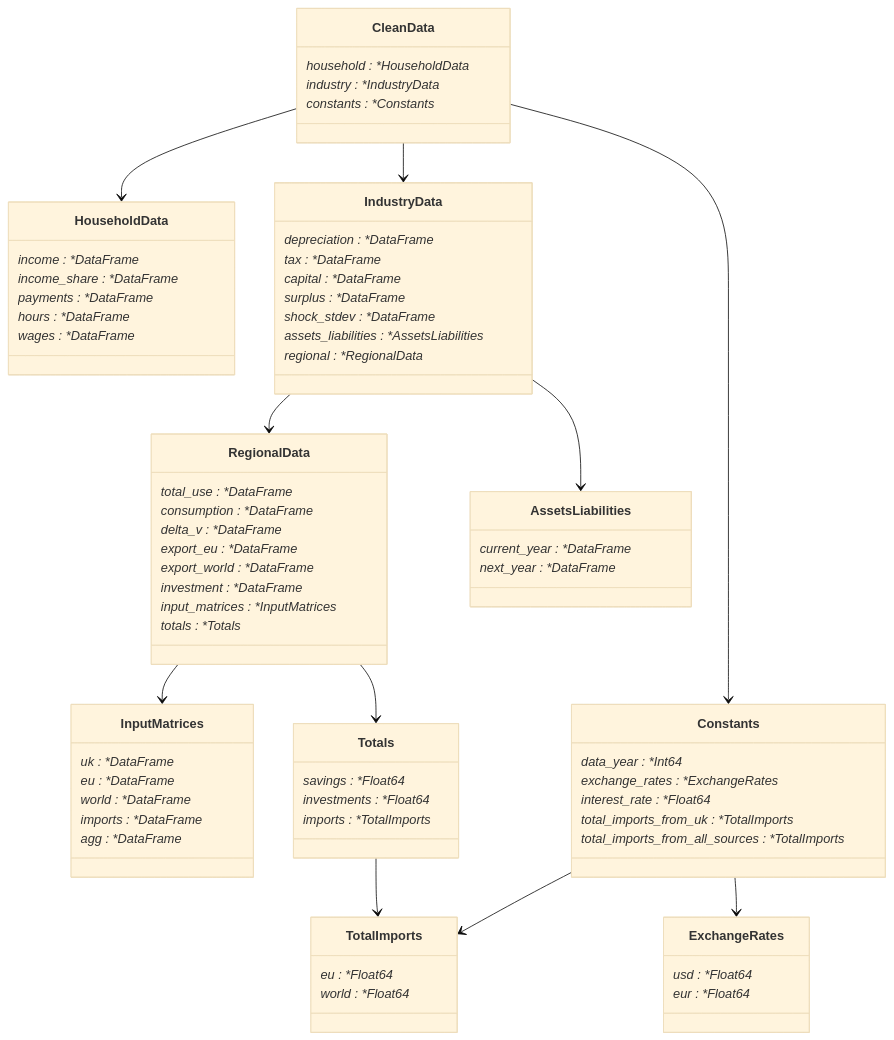
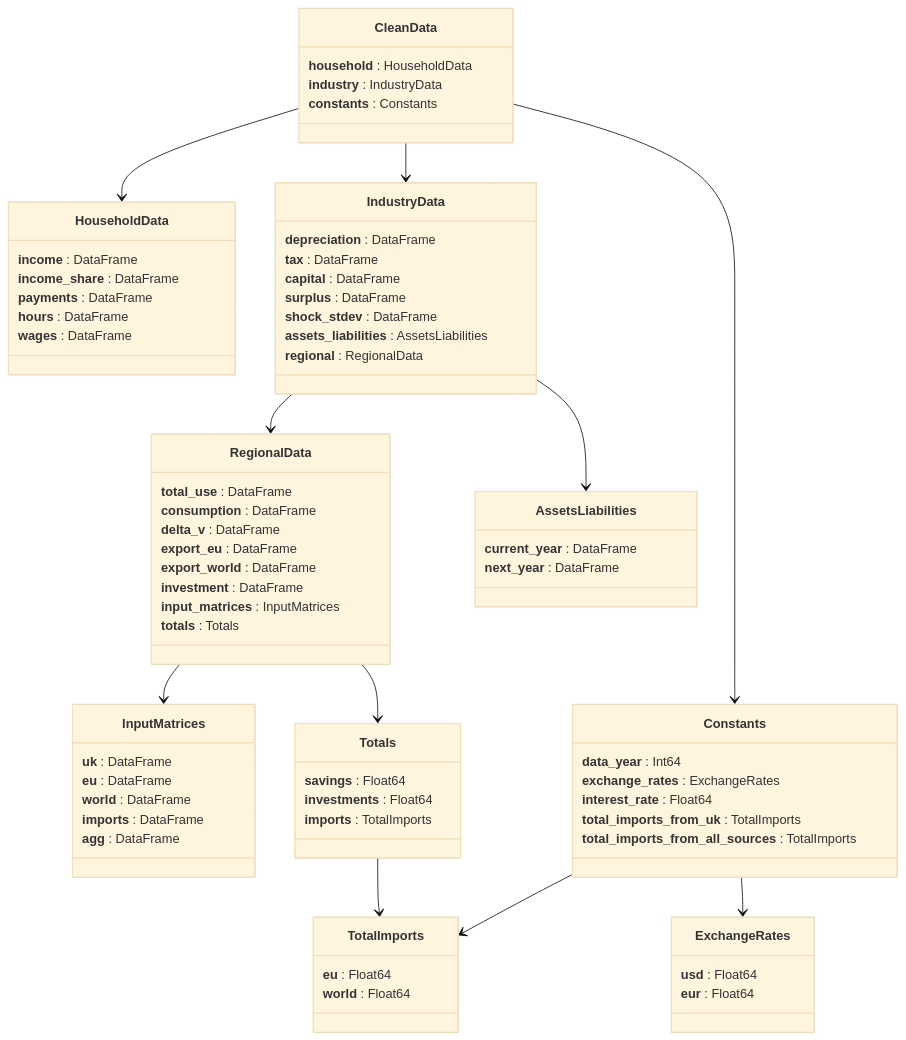
One commit to UCL/Supergrassi.jl changed the diagram in README.md. Above: the diagram before and after it, drawn with Mermaid (base theme).

Commit message:
Better formatting

````diff
--- a/README.md
+++ b/README.md
@@ -20,75 +20,75 @@
 ```mermaid
 classDiagram
     class CleanData {
-        household : **HouseholdData**
-        industry : **IndustryData**
-        constants : **Constants**
+        **household** : HouseholdData
+        **industry** : IndustryData
+        **constants** : Constants
     }
 
     class HouseholdData {
-        income : **DataFrame**
-        income_share : **DataFrame**
-        payments : **DataFrame**
-        hours : **DataFrame**
-        wages : **DataFrame**
+        **income** : DataFrame
+        **income_share** : DataFrame
+        **payments** : DataFrame
+        **hours** : DataFrame
+        **wages** : DataFrame
     }
 
     class IndustryData {
-        depreciation : **DataFrame**
-        tax : **DataFrame**
-        capital : **DataFrame**
-        surplus : **DataFrame**
-        shock_stdev : **DataFrame**
-        assets_liabilities : **AssetsLiabilities**
-        regional : **RegionalData**
+        **depreciation** : DataFrame
+        **tax** : DataFrame
+        **capital** : DataFrame
+        **surplus** : DataFrame
+        **shock_stdev** : DataFrame
+        **assets_liabilities** : AssetsLiabilities
+        **regional** : RegionalData
     }
 
     class RegionalData {
-        total_use : **DataFrame**
-        consumption : **DataFrame**
-        delta_v : **DataFrame**
-        export_eu : **DataFrame**
-        export_world : **DataFrame**
-        investment : **DataFrame**
-        input_matrices : **InputMatrices**
-        totals : **Totals**
+        **total_use** : DataFrame
+        **consumption** : DataFrame
+        **delta_v** : DataFrame
+        **export_eu** : DataFrame
+        **export_world** : DataFrame
+        **investment** : DataFrame
+        **input_matrices** : InputMatrices
+        **totals** : Totals
     }
 
     class InputMatrices {
-        uk : **DataFrame**
-        eu : **DataFrame**
-        world : **DataFrame**
-        imports : **DataFrame**
-        agg : **DataFrame**
+        **uk** : DataFrame
+        **eu** : DataFrame
+        **world** : DataFrame
+        **imports** : DataFrame
+        **agg** : DataFrame
     }
 
     class Totals {
-        savings : **Float64**
-        investments : **Float64**
-        imports : **TotalImports**
+        **savings** : Float64
+        **investments** : Float64
+        **imports** : TotalImports
     }
 
     class TotalImports {
-        eu : **Float64**
-        world : **Float64**
+        **eu** : Float64
+        **world** : Float64
     }
 
     class AssetsLiabilities {
-        current_year : **DataFrame**
-        next_year : **DataFrame**
+        **current_year** : DataFrame
+        **next_year** : DataFrame
     }
 
     class Constants {
-        data_year : **Int64**
-        exchange_rates : **ExchangeRates**
-        interest_rate : **Float64**
-        total_imports_from_uk : **TotalImports**
-        total_imports_from_all_sources : **TotalImports**
+        **data_year** : Int64
+        **exchange_rates** : ExchangeRates
+        **interest_rate** : Float64
+        **total_imports_from_uk** : TotalImports
+        **total_imports_from_all_sources** : TotalImports
     }
 
     class ExchangeRates {
-        usd : **Float64**
-        eur : **Float64**
+        **usd** : Float64
+        **eur** : Float64
     }
 
     CleanData --> HouseholdData
@@ -104,6 +104,4 @@
     Totals --> TotalImports
     Constants --> ExchangeRates
     Constants --> TotalImports
-
-
 ```
````
